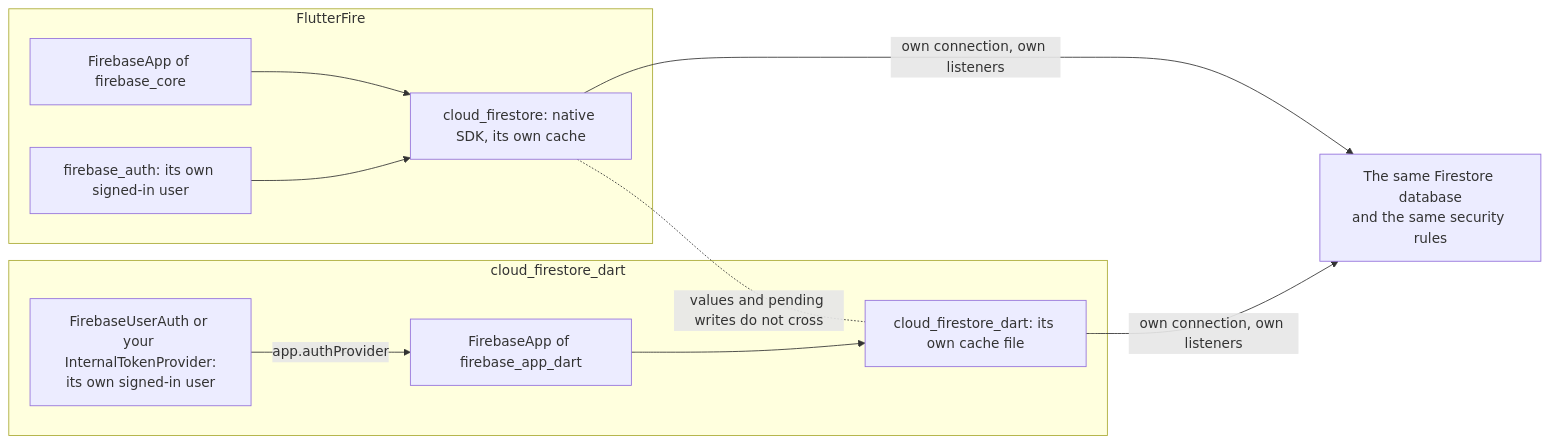
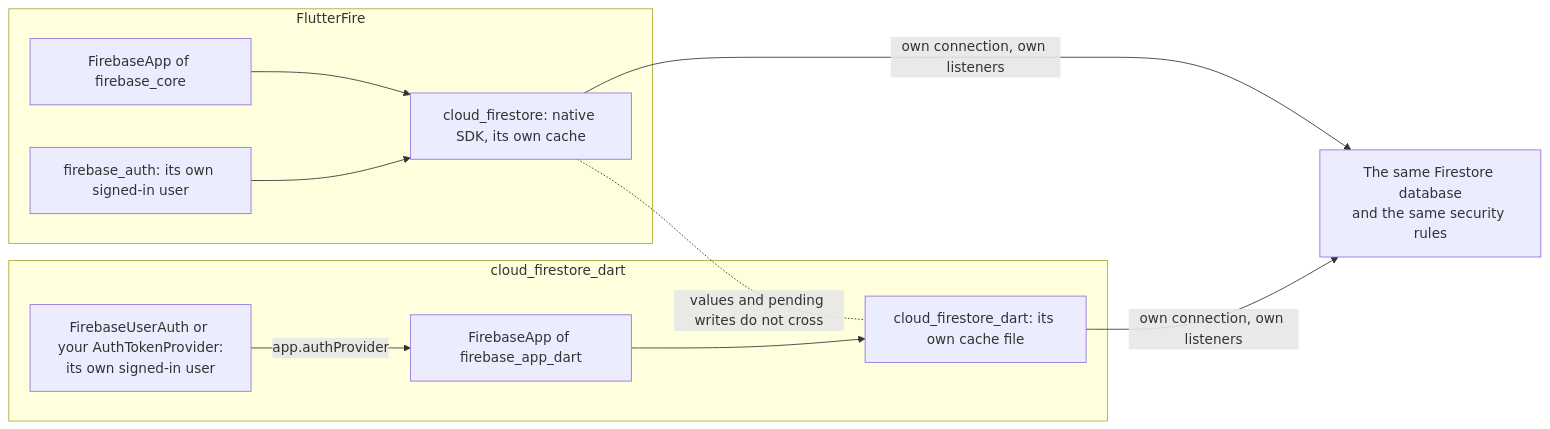
Before and after one commit to long1eu/firebase_dart_sdk: the diagram in docs/guides/migrating_from_flutterfire.md, drawn with Mermaid. The commit also changed 27 other files, not shown here.

First line of the commit message:
Bring main's new diagrams, pictures and the FlutterFire bridge to the 0.2 names

````diff
--- a/docs/guides/migrating_from_flutterfire.md
+++ b/docs/guides/migrating_from_flutterfire.md
@@ -356,23 +356,23 @@
 ```mermaid
 flowchart LR
   accTitle: FlutterFire and cloud_firestore_dart in one app
-  accDescr: The FlutterFire side has the FirebaseApp of firebase_core, a user signed in with firebase_auth and cloud_firestore with its own cache. The cloud_firestore_dart side has the FirebaseApp of firebase_app_dart, a FirebaseUserAuth or your own InternalTokenProvider, and cloud_firestore_dart with its own cache file. Each side has its own connection and listeners to the same Firestore database and security rules. Values and pending writes do not cross between the two sides.
+  accDescr: The FlutterFire side has the FirebaseApp of firebase_core, a user signed in with firebase_auth and cloud_firestore with its own cache. The cloud_firestore_dart side has the FirebaseApp of firebase_app_dart, a FirebaseUserAuth or your own AuthTokenProvider, and cloud_firestore_dart with its own cache file. Each side has its own connection and listeners to the same Firestore database and security rules. Values and pending writes do not cross between the two sides.
   subgraph flutterFireSide["FlutterFire"]
     ffApp["FirebaseApp of firebase_core"]
     ffAuth["firebase_auth: its own signed-in user"]
     ffStore["cloud_firestore: native SDK, its own cache"]
   end
   subgraph dartSide["cloud_firestore_dart"]
     dartApp["FirebaseApp of firebase_app_dart"]
-    dartAuth["FirebaseUserAuth or your InternalTokenProvider:<br/>its own signed-in user"]
+    dartAuth["FirebaseUserAuth or your AuthTokenProvider:<br/>its own signed-in user"]
     dartStore["cloud_firestore_dart: its own cache file"]
   end
   database["The same Firestore database<br/>and the same security rules"]
   ffApp --> ffStore
   ffAuth --> ffStore
   dartAuth -- "app.authProvider" --> dartApp
   dartApp --> dartStore
   ffStore -- "own connection, own listeners" --> database
   dartStore -- "own connection, own listeners" --> database
   ffStore -.-|"values and pending writes do not cross"| dartStore
 ```
````
